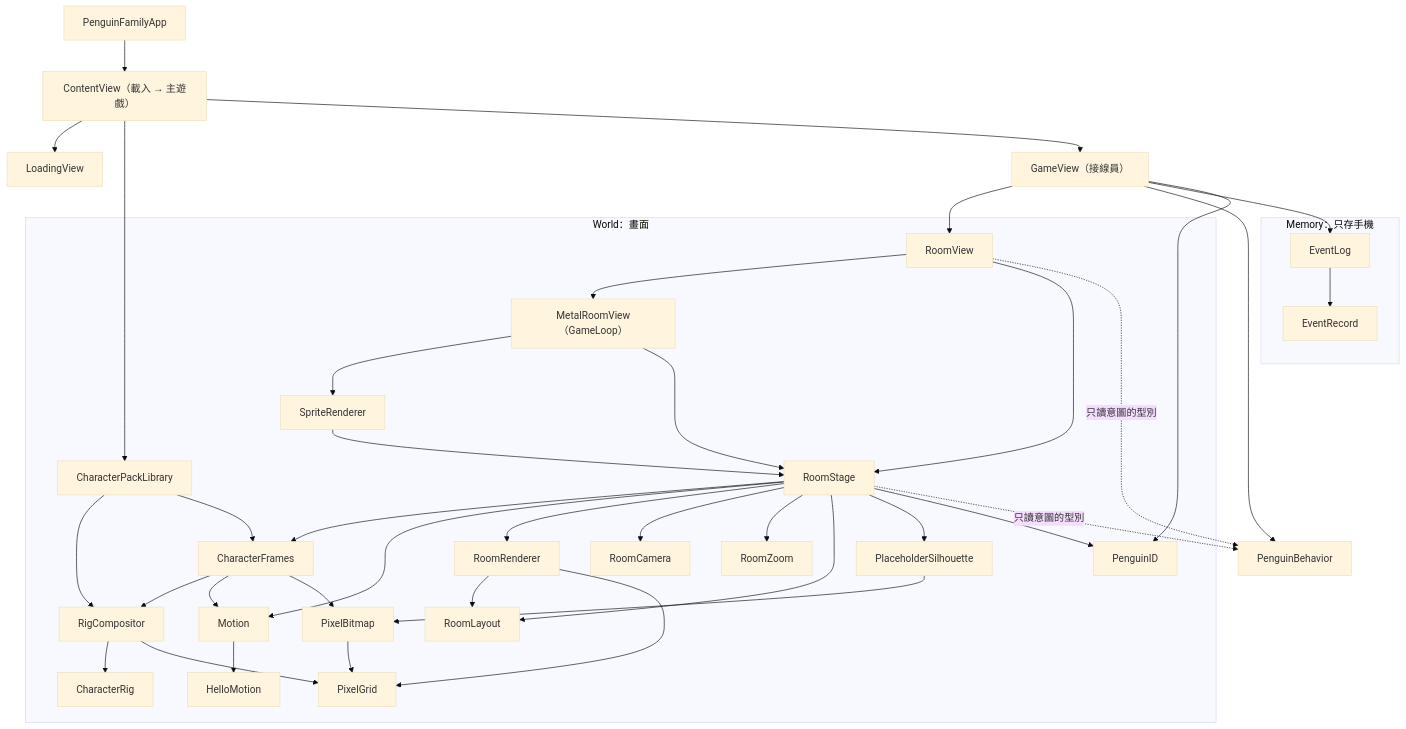
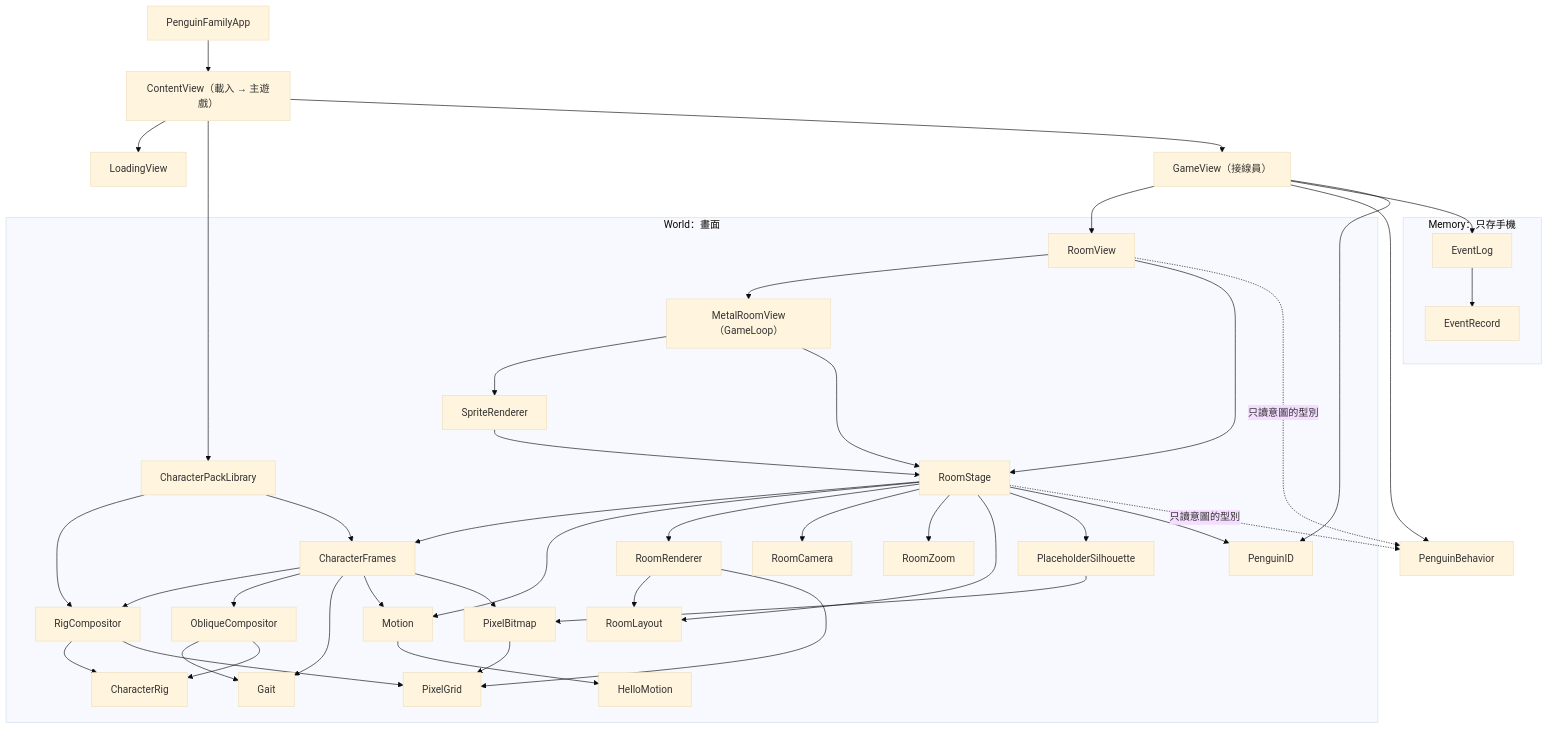
One commit to CBHeng/penguin-family changed the first of 4 diagrams in docs/code-map.md. Above: the diagram before and after it, drawn with Mermaid (base theme). The commit also changed other lines of this file and 9 other files, not shown here.

````diff
--- a/docs/code-map.md
+++ b/docs/code-map.md
@@ -112,46 +115,50 @@
 ```mermaid
 flowchart TD
     App["PenguinFamilyApp"] --> Content["ContentView（載入 → 主遊戲）"]
     Content --> Loading["LoadingView"]
     Content --> Library["CharacterPackLibrary"]
     Content --> Game["GameView（接線員）"]
     Game --> Room["RoomView"]
     Game --> Behavior["PenguinBehavior"]
     Game --> Log["EventLog"]
     Game --> ID
 
     subgraph World["World：畫面"]
         Library --> Compositor["RigCompositor"]
         Library --> Frames["CharacterFrames"]
         Room --> Metal["MetalRoomView（GameLoop）"]
         Room --> Stage["RoomStage"]
         Metal --> Renderer["SpriteRenderer"]
         Metal --> Stage
         Renderer --> Stage
         Stage --> Frames
         Stage --> Motion["Motion"]
         Stage --> RoomRenderer["RoomRenderer"]
         Stage --> Camera["RoomCamera"]
         Stage --> Zoom["RoomZoom"]
         Stage --> Layout["RoomLayout"]
         Stage --> Placeholder["PlaceholderSilhouette"]
         Stage --> ID["PenguinID"]
         RoomRenderer --> Layout
         RoomRenderer --> Grid["PixelGrid"]
         Frames --> Compositor
+        Frames --> Oblique["ObliqueCompositor"]
+        Frames --> Gait["Gait"]
+        Oblique --> Gait
+        Oblique --> Rig
         Frames --> Motion
         Frames --> Bitmap["PixelBitmap"]
         Placeholder --> Bitmap
         Motion --> Hello["HelloMotion"]
         Compositor --> Rig["CharacterRig"]
         Compositor --> Grid
         Bitmap --> Grid
     end
 
     subgraph Memory["Memory：只存手機"]
         Log --> Record["EventRecord"]
     end
 
     Room -. "只讀意圖的型別" .-> Behavior
     Stage -. "只讀意圖的型別" .-> Behavior
 ```
````
